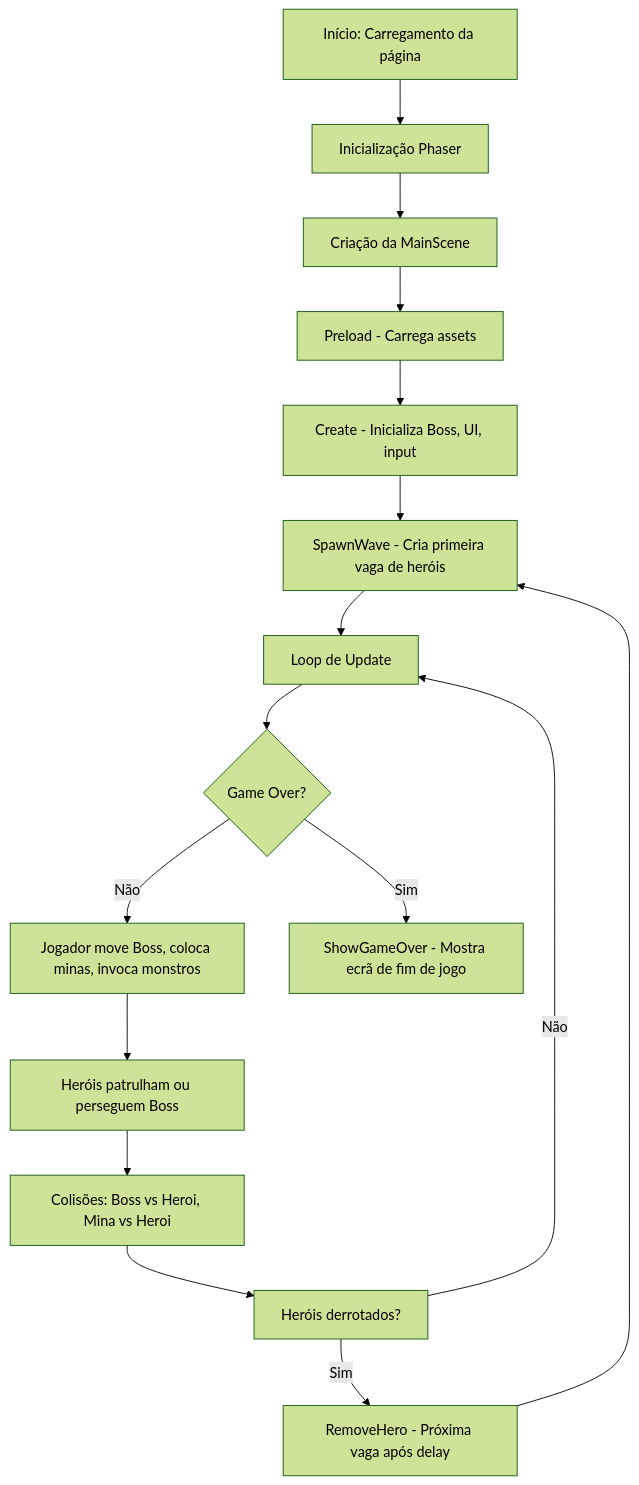
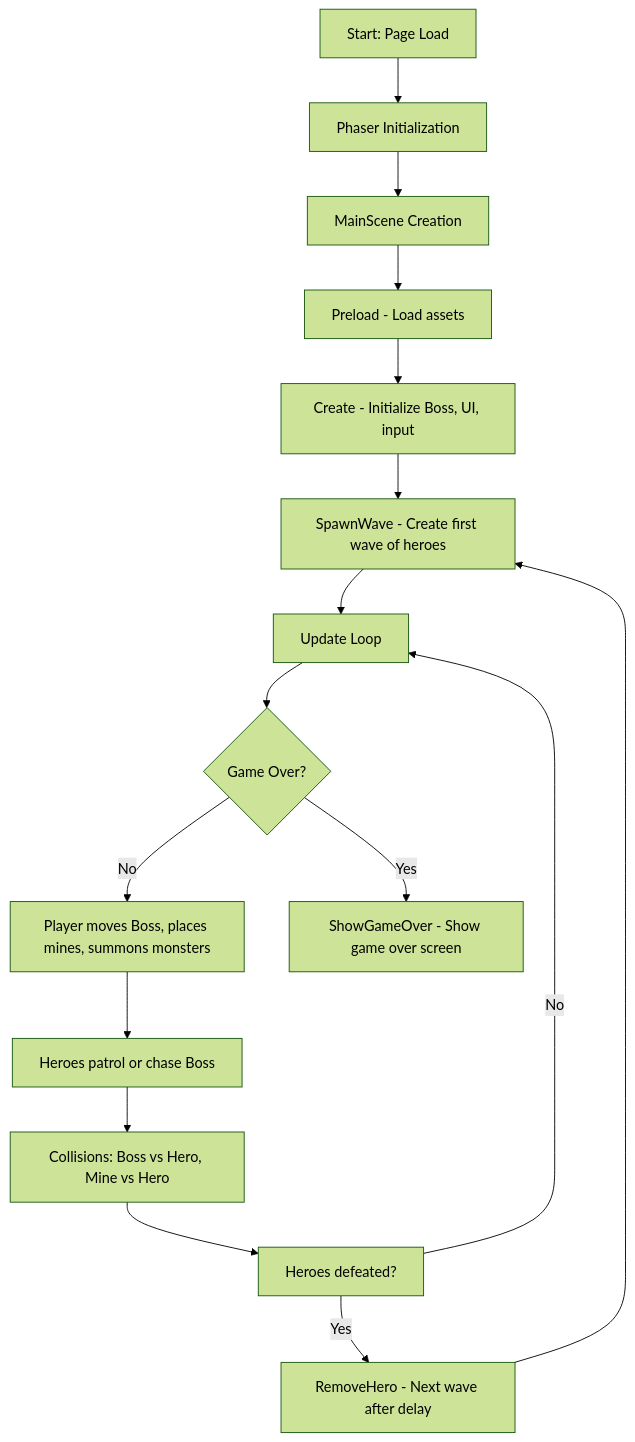
One commit to lfbn/reverse-dungeon changed the diagram in docs/Flow.md. Above: the diagram before and after it, drawn with Mermaid (forest theme). The commit also changed 5 other files, not shown here.

Commit message:
Add FAQ and Heroes documentation, translating existing content to English and enhancing game information. Remove outdated Portuguese files for consistency.

````diff
--- a/docs/Flow.md
+++ b/docs/Flow.md
@@ -1,18 +1,18 @@
 ```mermaid
 flowchart TD
-    A[Início: Carregamento da página] --> B[Inicialização Phaser]
-    B --> C[Criação da MainScene]
-    C --> D[Preload - Carrega assets]
-    D --> E[Create - Inicializa Boss, UI, input]
-    E --> F[SpawnWave - Cria primeira vaga de heróis]
-    F --> G[Loop de Update]
+    A[Start: Page Load] --> B[Phaser Initialization]
+    B --> C[MainScene Creation]
+    C --> D[Preload - Load assets]
+    D --> E[Create - Initialize Boss, UI, input]
+    E --> F[SpawnWave - Create first wave of heroes]
+    F --> G[Update Loop]
     G --> H{Game Over?}
-    H -- Não --> I[Jogador move Boss, coloca minas, invoca monstros]
-    I --> J[Heróis patrulham ou perseguem Boss]
-    J --> K[Colisões: Boss vs Heroi, Mina vs Heroi]
-    K --> L[Heróis derrotados?]
-    L -- Sim --> M[RemoveHero - Próxima vaga após delay]
+    H -- No --> I[Player moves Boss, places mines, summons monsters]
+    I --> J[Heroes patrol or chase Boss]
+    J --> K[Collisions: Boss vs Hero, Mine vs Hero]
+    K --> L[Heroes defeated?]
+    L -- Yes --> M[RemoveHero - Next wave after delay]
     M --> F
-    L -- Não --> G
-    H -- Sim --> N[ShowGameOver - Mostra ecrã de fim de jogo]
+    L -- No --> G
+    H -- Yes --> N[ShowGameOver - Show game over screen]
 ```
````
